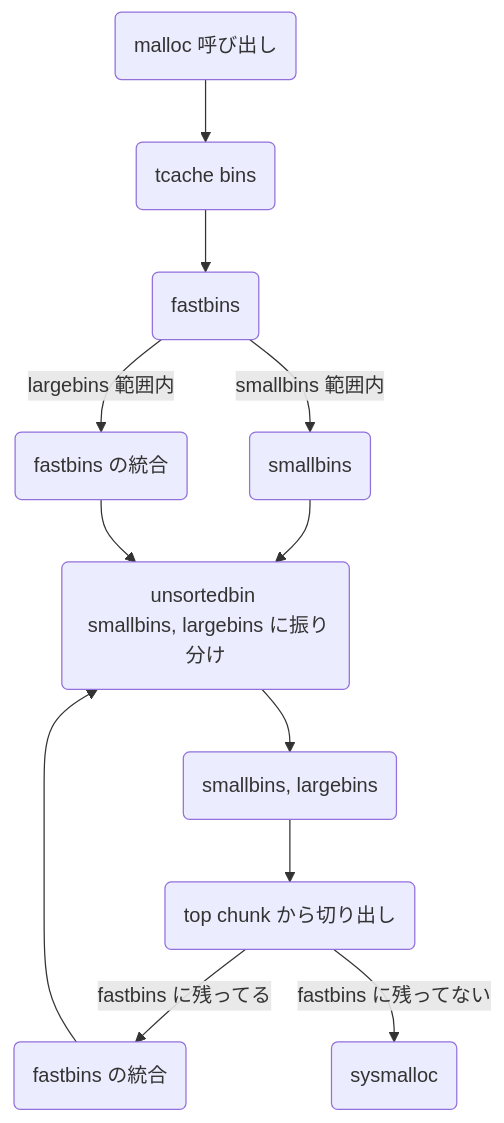
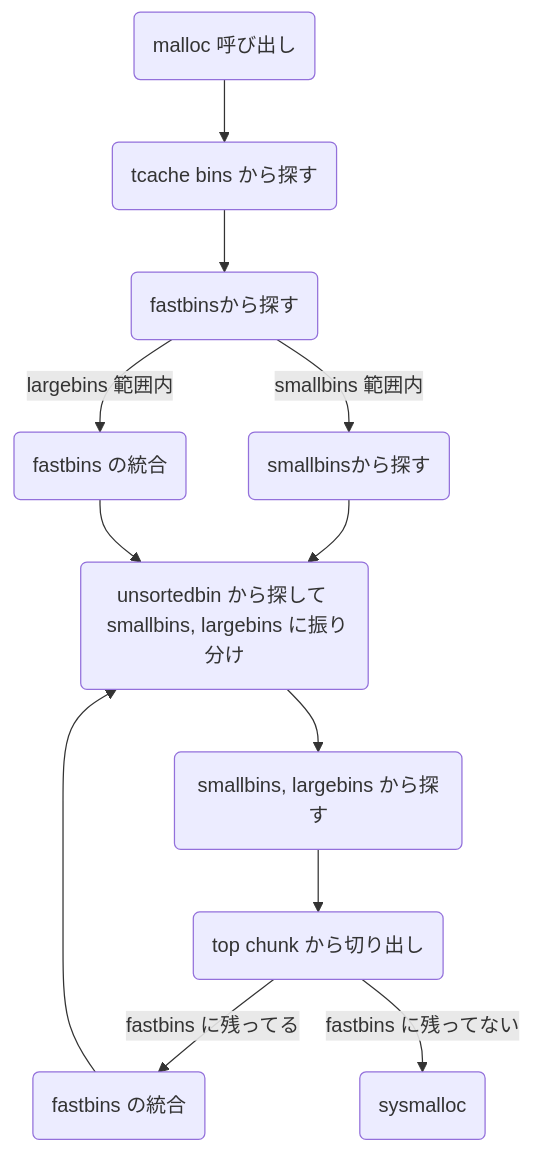
Before and after one commit to anko9801/zenn-docs: the first of 2 diagrams in articles/ctf-heap-exploits.md, drawn with Mermaid. The commit also changed other lines of this file, not shown here.

````diff
--- a/articles/ctf-heap-exploits.md
+++ b/articles/ctf-heap-exploits.md
@@ -126,14 +126,14 @@
 ```mermaid
 graph TD
     0(malloc 呼び出し) --> A
-    A(tcache bins) --> B(fastbins)
-    B --> |smallbins 範囲内| C(smallbins)
+    A(tcache bins から探す) --> B(fastbinsから探す)
+    B --> |smallbins 範囲内| C(smallbinsから探す)
     B --> |largebins 範囲内| D(fastbins の統合)
-    C --> E("unsortedbin \n smallbins, largebins に振り分け")
+    C --> E("unsortedbin から探して \n smallbins, largebins に振り分け")
     D --> E
-    E --> F(smallbins, largebins)
+    E --> F(smallbins, largebins から探す)
     F --> G(top chunk から切り出し)
     G --> |fastbins に残ってる| H(fastbins の統合)
     G --> |fastbins に残ってない| I(sysmalloc)
     H --> E
 ```
````
